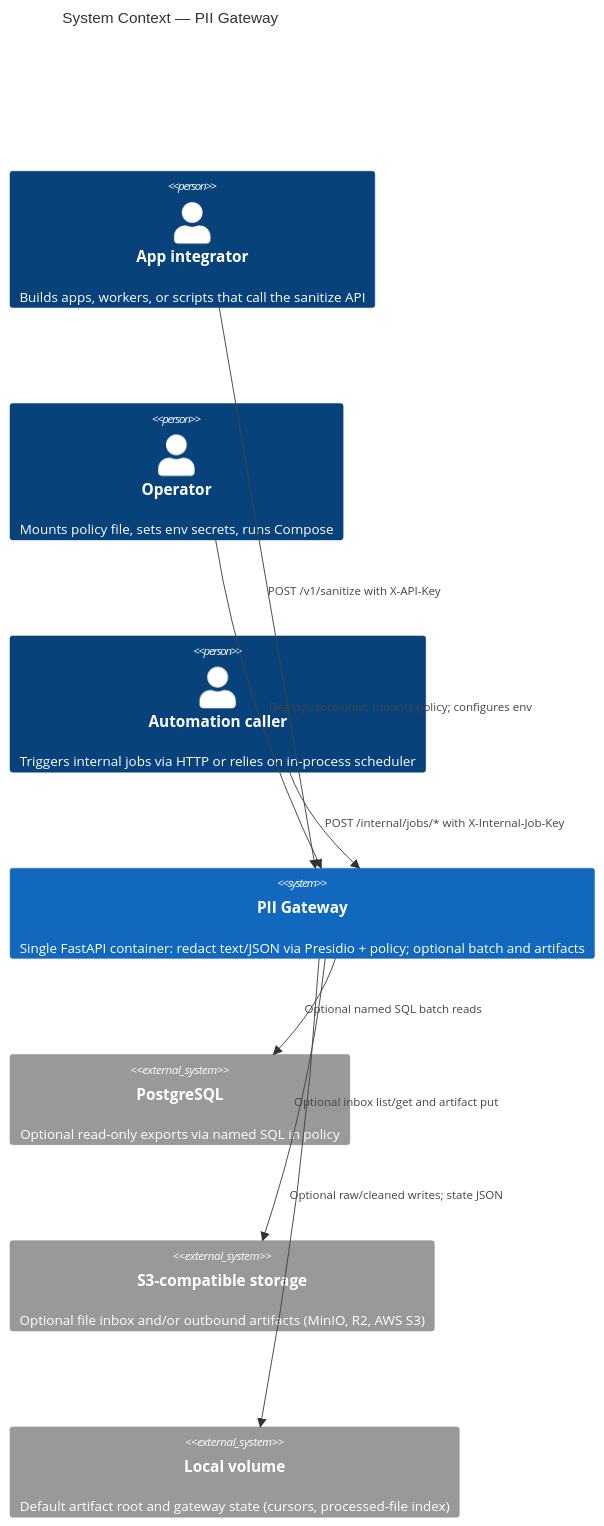
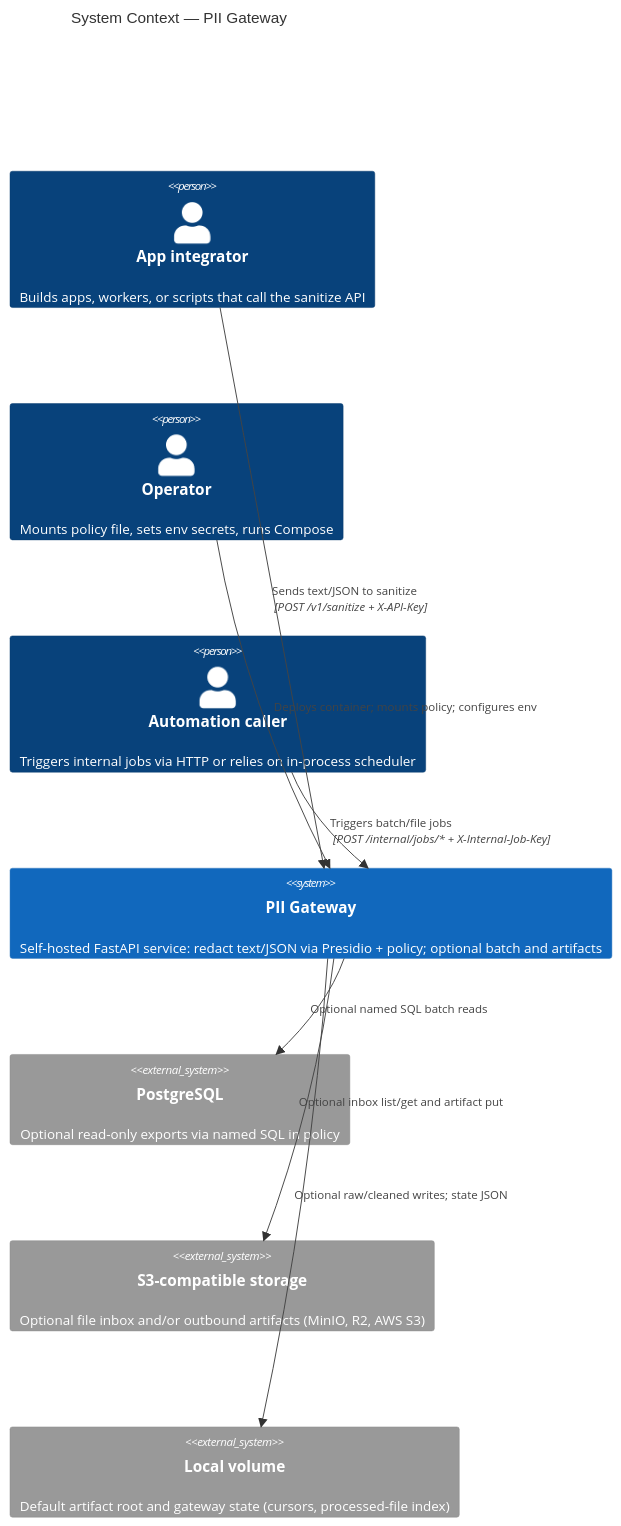
The diagram in docs/c4/1-context.mmd (aryanjohari/pii-gateway), drawn with Mermaid before and after one commit. The commit also changed 15 other files, not shown here.

```diff
--- a/docs/c4/1-context.mmd
+++ b/docs/c4/1-context.mmd
@@ -1,22 +1,39 @@
 %% C1 System Context — PII Gateway
+%% Evidence: src/pii_gateway/main.py, docker-compose*.yml, settings.py, routes_*.py
 %% View: https://mermaid.live
 
 C4Context
   title System Context — PII Gateway
 
   Person(integrator, "App integrator", "Builds apps, workers, or scripts that call the sanitize API")
   Person(operator, "Operator", "Mounts policy file, sets env secrets, runs Compose")
   Person(automator, "Automation caller", "Triggers internal jobs via HTTP or relies on in-process scheduler")
 
-  System(gw, "PII Gateway", "Single FastAPI container: redact text/JSON via Presidio + policy; optional batch and artifacts")
+  System(gw, "PII Gateway", "Self-hosted FastAPI service: redact text/JSON via Presidio + policy; optional batch and artifacts")
 
   System_Ext(postgres, "PostgreSQL", "Optional read-only exports via named SQL in policy")
   System_Ext(s3, "S3-compatible storage", "Optional file inbox and/or outbound artifacts (MinIO, R2, AWS S3)")
   System_Ext(disk, "Local volume", "Default artifact root and gateway state (cursors, processed-file index)")
 
-  Rel(integrator, gw, "POST /v1/sanitize with X-API-Key")
-  Rel(automator, gw, "POST /internal/jobs/* with X-Internal-Job-Key")
+  Rel(integrator, gw, "Sends text/JSON to sanitize", "POST /v1/sanitize + X-API-Key")
+  Rel(automator, gw, "Triggers batch/file jobs", "POST /internal/jobs/* + X-Internal-Job-Key")
   Rel(operator, gw, "Deploys container; mounts policy; configures env")
   Rel(gw, postgres, "Optional named SQL batch reads")
   Rel(gw, s3, "Optional inbox list/get and artifact put")
   Rel(gw, disk, "Optional raw/cleaned writes; state JSON")
+
+%% --- Flowchart equivalent (uncomment if C4Context unsupported) ---
+%% flowchart LR
+%%   integrator[App integrator]
+%%   operator[Operator]
+%%   automator[Automation caller]
+%%   gw[PII Gateway]
+%%   postgres[(PostgreSQL)]
+%%   s3[(S3-compatible)]
+%%   disk[(Local volume)]
+%%   integrator -->|POST /v1/sanitize| gw
+%%   automator -->|POST /internal/jobs/*| gw
+%%   operator -->|deploy + policy + env| gw
+%%   gw -.->|named SQL| postgres
+%%   gw -.->|inbox / artifacts| s3
+%%   gw -->|artifacts + state| disk
```
